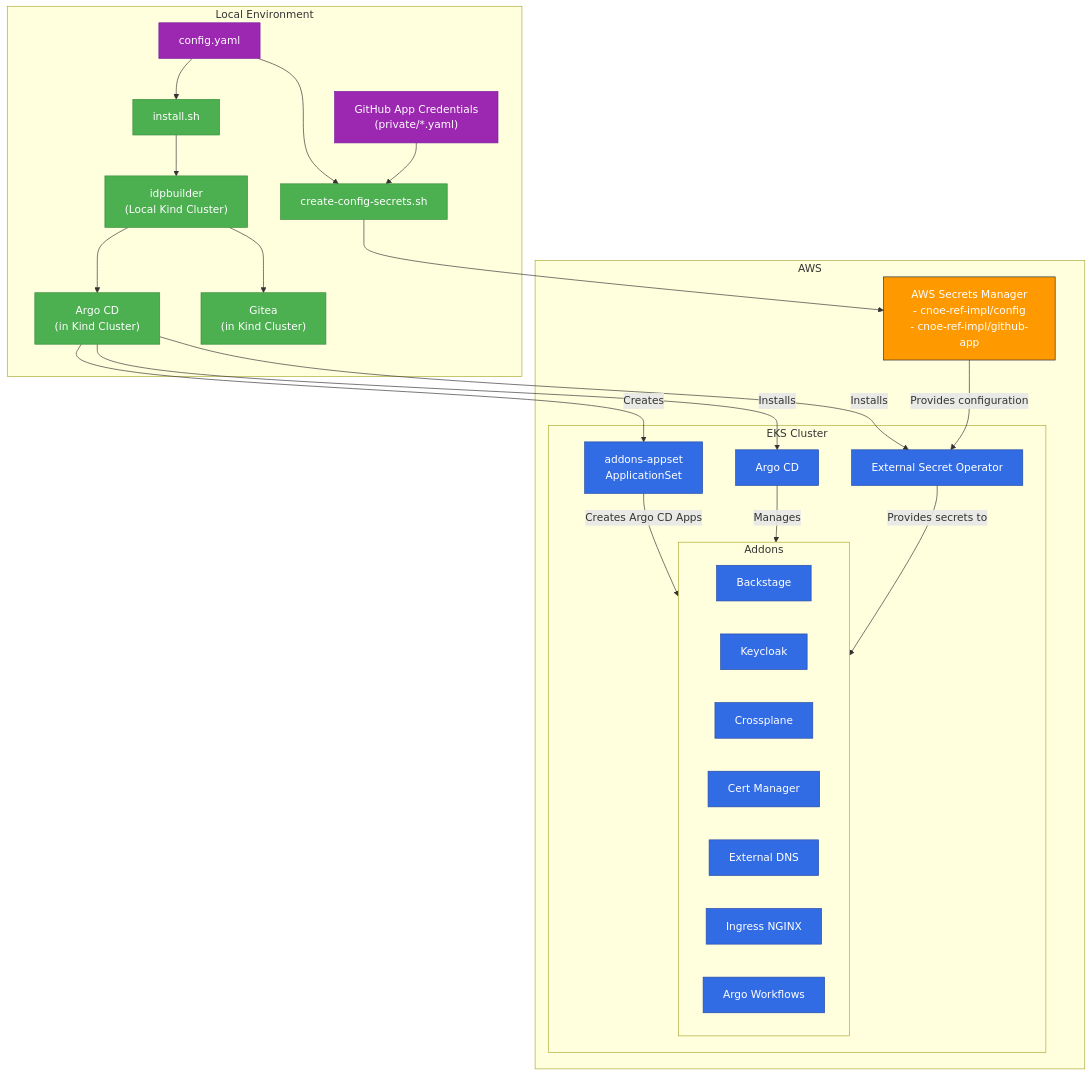
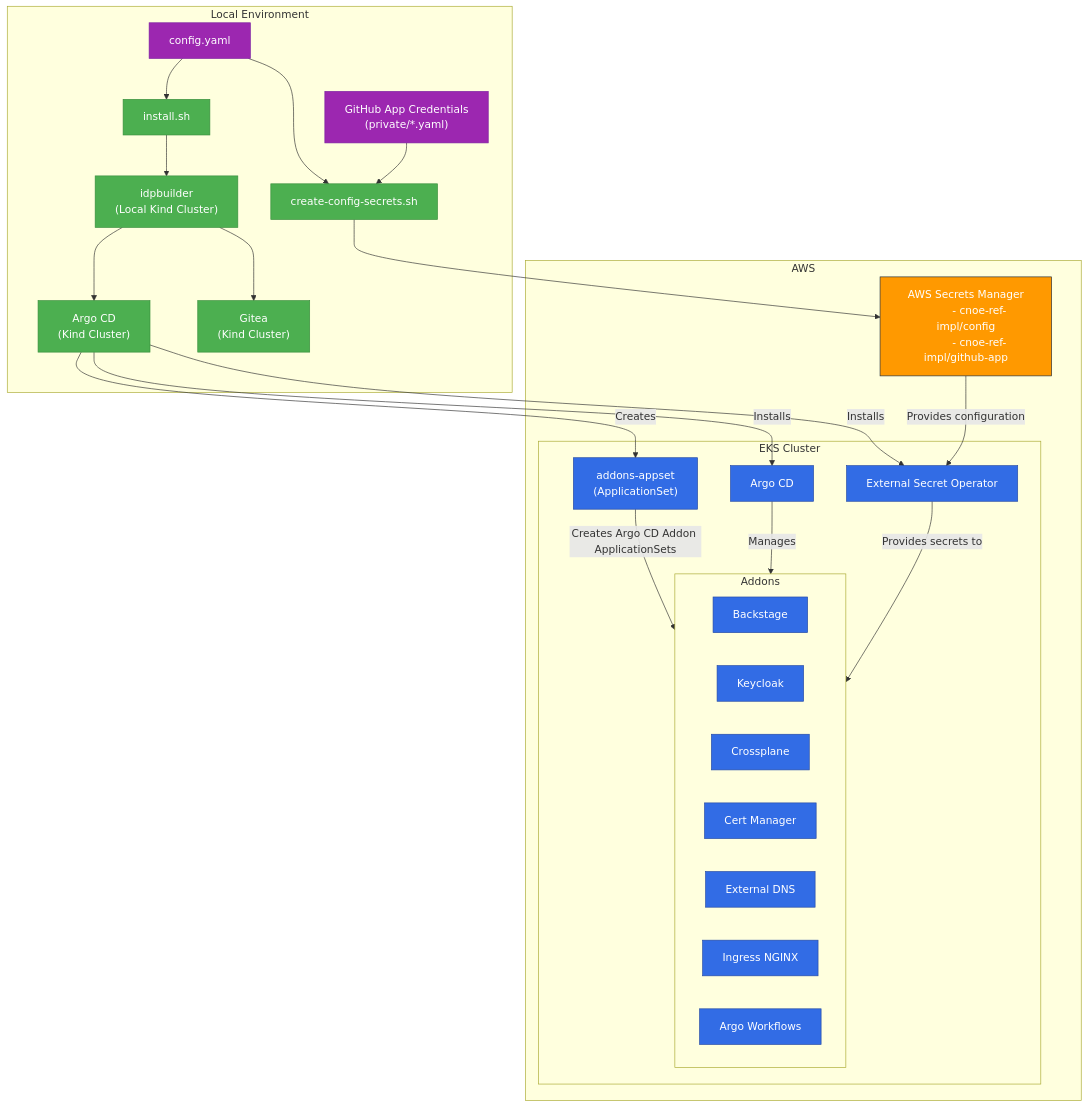
Before and after one commit to cnoe-io/reference-implementation-aws: the diagram in docs/installation_flow.md, drawn with Mermaid. The commit also changed other lines of this file and 3 other files, not shown here.

````diff
--- a/docs/installation_flow.md
+++ b/docs/installation_flow.md
@@ -12,63 +12,70 @@
 ```mermaid
 flowchart TD
     subgraph "Local Environment"
         config["config.yaml"]
-        secrets["GitHub App Credentials\n(private/*.yaml)"]
+        secrets["GitHub App Credentials
+        (private/*.yaml)"]
         create_secrets["create-config-secrets.sh"]
         install["install.sh"]
-        idpbuilder["idpbuilder\n(Local Kind Cluster)"]
-        local_argocd["Argo CD\n(in Kind Cluster)"]
-        local_gitea["Gitea\n(in Kind Cluster)"]
+        idpbuilder["idpbuilder
+        (Local Kind Cluster)"]
+        local_argocd["Argo CD
+        (Kind Cluster)"]
+        local_gitea["Gitea
+        (Kind Cluster)"]
     end
 
     subgraph "AWS"
-        aws_secrets["AWS Secrets Manager\n- cnoe-ref-impl/config\n- cnoe-ref-impl/github-app"]
+        aws_secrets["AWS Secrets Manager
+        - cnoe-ref-impl/config
+        - cnoe-ref-impl/github-app"]
         
         subgraph "EKS Cluster"
             eks_argocd["Argo CD"]
             eso["External Secret Operator"]
-            appset["addons-appset\nApplicationSet"]
+            appset["addons-appset
+            (ApplicationSet)"]
             
             subgraph "Addons"
                 backstage["Backstage"]
                 keycloak["Keycloak"]
                 crossplane["Crossplane"]
                 cert_manager["Cert Manager"]
                 external_dns["External DNS"]
                 ingress["Ingress NGINX"]
                 argo_workflows["Argo Workflows"]
             end
         end
     end
 
     config --> create_secrets
     secrets --> create_secrets
     create_secrets --> aws_secrets
     
     config --> install
     install --> idpbuilder
     
     idpbuilder --> local_argocd
     idpbuilder --> local_gitea
     
     local_argocd -- "Installs" --> eks_argocd
     local_argocd -- "Installs" --> eso
     local_argocd -- "Creates" --> appset
     
     aws_secrets -- "Provides configuration" --> eso
     
-    appset -- "Creates Argo CD Apps" --> Addons
+    appset -- "Creates Argo CD Addon ApplicationSets" --> Addons
     
     eks_argocd -- "Manages" --> Addons
     eso -- "Provides secrets to" --> Addons
     
     classDef aws fill:#FF9900,stroke:#232F3E,color:white;
     classDef k8s fill:#326CE5,stroke:#254AA5,color:white;
     classDef tools fill:#4CAF50,stroke:#388E3C,color:white;
     classDef config fill:#9C27B0,stroke:#7B1FA2,color:white;
     
     class aws_secrets,EKS aws;
     class eks_argocd,eso,appset,backstage,keycloak,crossplane,cert_manager,external_dns,ingress,argo_workflows k8s;
     class idpbuilder,local_argocd,local_gitea,install,create_secrets tools;
     class config,secrets config;
 ```
````
